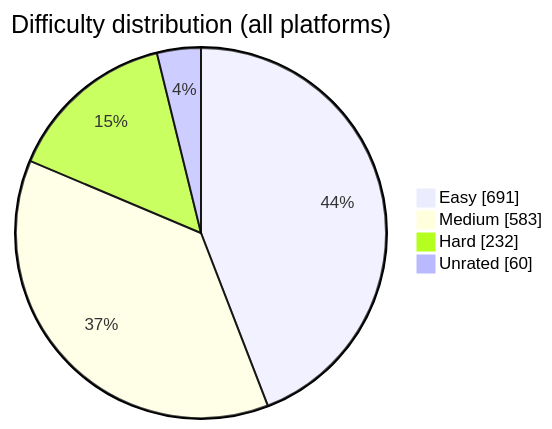
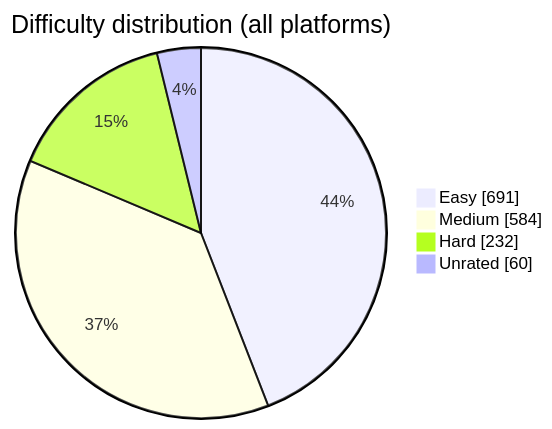
Before and after one commit to BuildbyArindam/Daily-Coding-Log: the diagram in README.md, drawn with Mermaid. The commit also changed other lines of this file, not shown here.

````diff
--- a/README.md
+++ b/README.md
@@ -93,7 +93,7 @@
 ```mermaid
 pie showData title Difficulty distribution (all platforms)
     "Easy" : 691
-    "Medium" : 583
+    "Medium" : 584
     "Hard" : 232
     "Unrated" : 60
 ```
````
